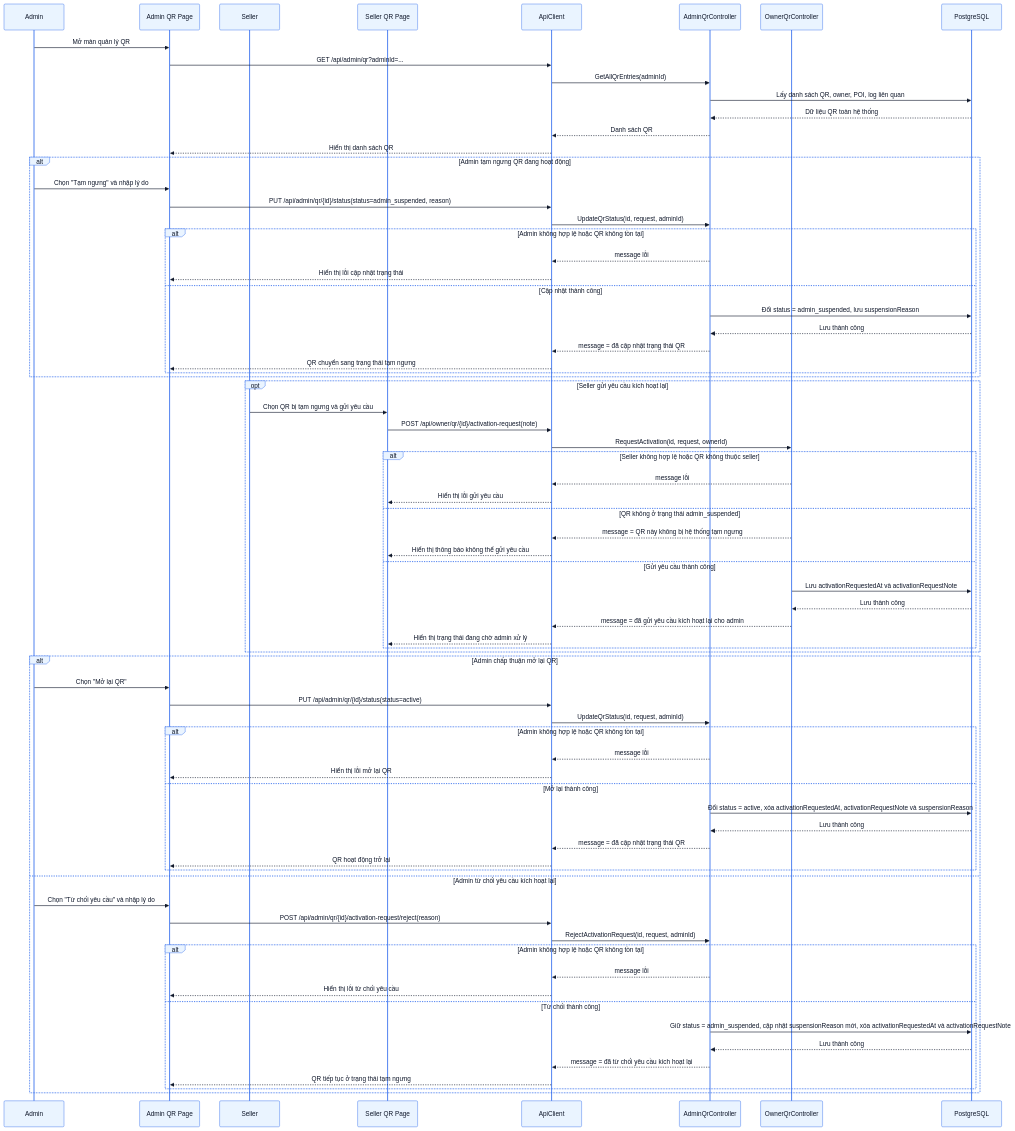
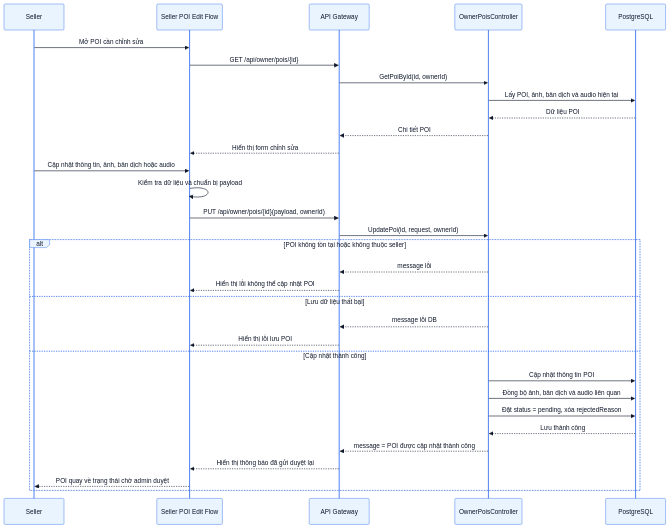
One commit to thaiquanghieu/smart-guide-system changed diagram 11 of 30 in docs/PRD.md. Above: the diagram before and after it, drawn with Mermaid. The commit also changed other lines of this file and 1 other file, not shown here.

````diff
--- a/docs/PRD.md
+++ b/docs/PRD.md
@@ -1008,85 +1398,38 @@
   }
 }}%%
 sequenceDiagram
-    participant Admin as Admin
-    participant AdminQrPage as Admin QR Page
     participant Seller as Seller
-    participant SellerQrPage as Seller QR Page
-    participant API as ApiClient
-    participant AdminQrCtl as AdminQrController
-    participant OwnerQrCtl as OwnerQrController
+    participant EditFlow as Seller POI Edit Flow
+    participant API as API Gateway
+    participant OwnerCtl as OwnerPoisController
     participant DB as PostgreSQL
 
-    Admin ->> AdminQrPage: Mở màn quản lý QR
-    AdminQrPage ->> API: GET /api/admin/qr?adminId=...
-    API ->> AdminQrCtl: GetAllQrEntries(adminId)
-    AdminQrCtl ->> DB: Lấy danh sách QR, owner, POI, log liên quan
-    DB -->> AdminQrCtl: Dữ liệu QR toàn hệ thống
-    AdminQrCtl -->> API: Danh sách QR
-    API -->> AdminQrPage: Hiển thị danh sách QR
+    Seller ->> EditFlow: Mở POI cần chỉnh sửa
+    EditFlow ->> API: GET /api/owner/pois/{id}
+    API ->> OwnerCtl: GetPoiById(id, ownerId)
+    OwnerCtl ->> DB: Lấy POI, ảnh, bản dịch và audio hiện tại
+    DB -->> OwnerCtl: Dữ liệu POI
+    OwnerCtl -->> API: Chi tiết POI
+    API -->> EditFlow: Hiển thị form chỉnh sửa
 
-    alt Admin tạm ngưng QR đang hoạt động
-        Admin ->> AdminQrPage: Chọn "Tạm ngưng" và nhập lý do
-        AdminQrPage ->> API: PUT /api/admin/qr/{id}/status(status=admin_suspended, reason)
-        API ->> AdminQrCtl: UpdateQrStatus(id, request, adminId)
+    Seller ->> EditFlow: Cập nhật thông tin, ảnh, bản dịch hoặc audio
+    EditFlow ->> EditFlow: Kiểm tra dữ liệu và chuẩn bị payload
+    EditFlow ->> API: PUT /api/owner/pois/{id}(payload, ownerId)
+    API ->> OwnerCtl: UpdatePoi(id, request, ownerId)
 
-        alt Admin không hợp lệ hoặc QR không tồn tại
-            AdminQrCtl -->> API: message lỗi
-            API -->> AdminQrPage: Hiển thị lỗi cập nhật trạng thái
-        else Cập nhật thành công
-            AdminQrCtl ->> DB: Đổi status = admin_suspended, lưu suspensionReason
-            DB -->> AdminQrCtl: Lưu thành công
-            AdminQrCtl -->> API: message = đã cập nhật trạng thái QR
-            API -->> AdminQrPage: QR chuyển sang trạng thái tạm ngưng
-        end
-    end
-
-    opt Seller gửi yêu cầu kích hoạt lại
-        Seller ->> SellerQrPage: Chọn QR bị tạm ngưng và gửi yêu cầu
-        SellerQrPage ->> API: POST /api/owner/qr/{id}/activation-request(note)
-        API ->> OwnerQrCtl: RequestActivation(id, request, ownerId)
-
-        alt Seller không hợp lệ hoặc QR không thuộc seller
-            OwnerQrCtl -->> API: message lỗi
-            API -->> SellerQrPage: Hiển thị lỗi gửi yêu cầu
-        else QR không ở trạng thái admin_suspended
-            OwnerQrCtl -->> API: message = QR này không bị hệ thống tạm ngưng
-            API -->> SellerQrPage: Hiển thị thông báo không thể gửi yêu cầu
-        else Gửi yêu cầu thành công
-            OwnerQrCtl ->> DB: Lưu activationRequestedAt và activationRequestNote
-            DB -->> OwnerQrCtl: Lưu thành công
-            OwnerQrCtl -->> API: message = đã gửi yêu cầu kích hoạt lại cho admin
-            API -->> SellerQrPage: Hiển thị trạng thái đang chờ admin xử lý
-        end
-    end
-
-    alt Admin chấp thuận mở lại QR
-        Admin ->> AdminQrPage: Chọn "Mở lại QR"
-        AdminQrPage ->> API: PUT /api/admin/qr/{id}/status(status=active)
-        API ->> AdminQrCtl: UpdateQrStatus(id, request, adminId)
-
-        alt Admin không hợp lệ hoặc QR không tồn tại
-            AdminQrCtl -->> API: message lỗi
-            API -->> AdminQrPage: Hiển thị lỗi mở lại QR
-        else Mở lại thành công
-            AdminQrCtl ->> DB: Đổi status = active, xóa activationRequestedAt, activationRequestNote và suspensionReason
-            DB -->> AdminQrCtl: Lưu thành công
-            AdminQrCtl -->> API: message = đã cập nhật trạng thái QR
-            API -->> AdminQrPage: QR hoạt động trở lại
-        end
-    else Admin từ chối yêu cầu kích hoạt lại
-        Admin ->> AdminQrPage: Chọn "Từ chối yêu cầu" và nhập lý do
-        AdminQrPage ->> API: POST /api/admin/qr/{id}/activation-request/reject(reason)
-        API ->> AdminQrCtl: RejectActivationRequest(id, request, adminId)
-
-        alt Admin không hợp lệ hoặc QR không tồn tại
-            AdminQrCtl -->> API: message lỗi
-            API -->> AdminQrPage: Hiển thị lỗi từ chối yêu cầu
-        else Từ chối thành công
-            AdminQrCtl ->> DB: Giữ status = admin_suspended, cập nhật suspensionReason mới, xóa activationRequestedAt và activationRequestNote
-            DB -->> AdminQrCtl: Lưu thành công
-            AdminQrCtl -->> API: message = đã từ chối yêu cầu kích hoạt lại
-            API -->> AdminQrPage: QR tiếp tục ở trạng thái tạm ngưng
-        end
+    alt POI không tồn tại hoặc không thuộc seller
+        OwnerCtl -->> API: message lỗi
+        API -->> EditFlow: Hiển thị lỗi không thể cập nhật POI
+    else Lưu dữ liệu thất bại
+        OwnerCtl -->> API: message lỗi DB
+        API -->> EditFlow: Hiển thị lỗi lưu POI
+    else Cập nhật thành công
+        OwnerCtl ->> DB: Cập nhật thông tin POI
+        OwnerCtl ->> DB: Đồng bộ ảnh, bản dịch và audio liên quan
+        OwnerCtl ->> DB: Đặt status = pending, xóa rejectedReason
+        DB -->> OwnerCtl: Lưu thành công
+        OwnerCtl -->> API: message = POI được cập nhật thành công
+        API -->> EditFlow: Hiển thị thông báo đã gửi duyệt lại
+        EditFlow -->> Seller: POI quay về trạng thái chờ admin duyệt
     end
 ```
````
